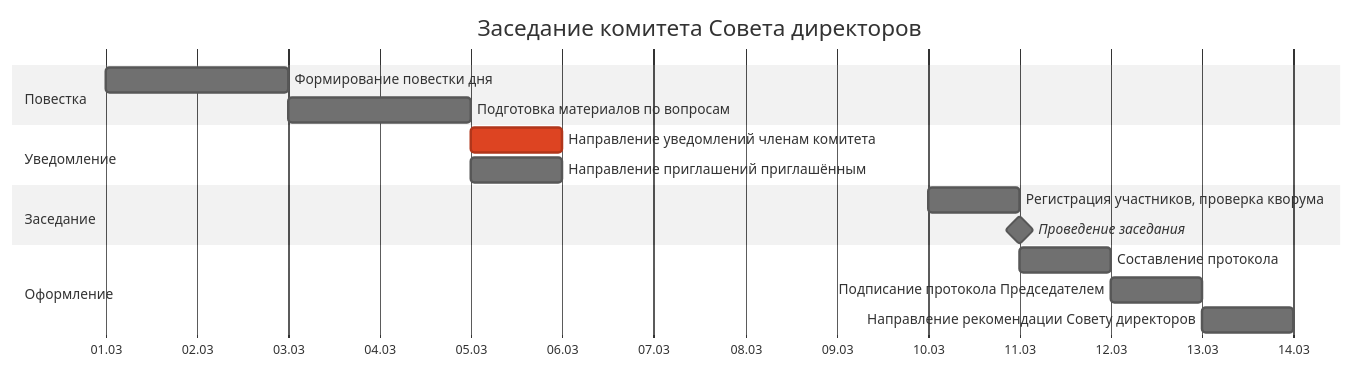
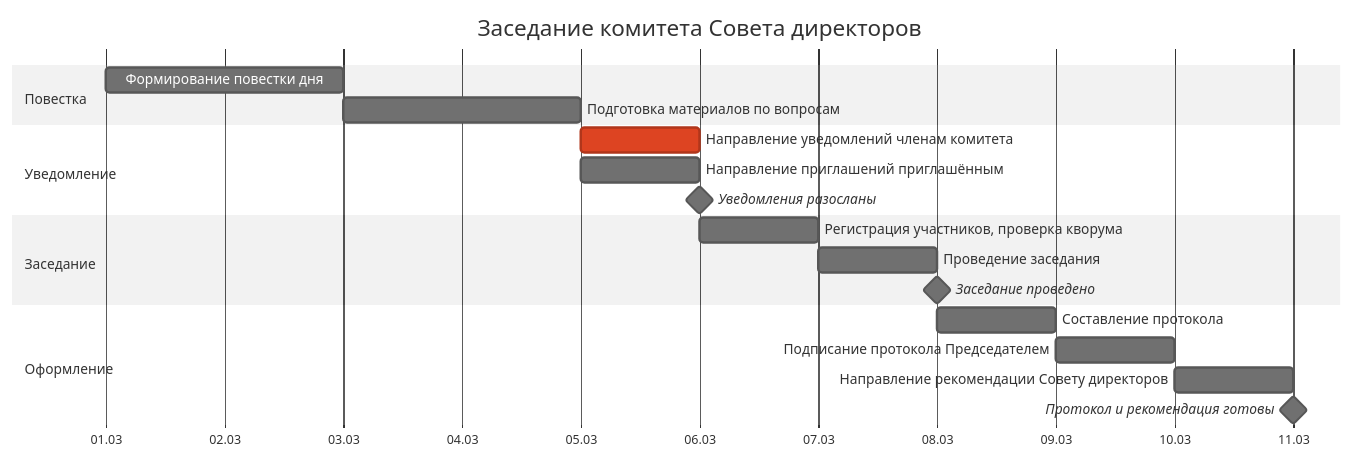
The diagram in docs/domain/committee-gantt.md (arsenyuk/SamorodinkaTech.Fiducia), drawn with Mermaid (neutral theme) before and after one commit. The commit also changed other lines of this file, not shown here.

First line of the commit message:
docs(domain): fix committee gantt chart - remove unjustified milestone

````diff
--- a/docs/domain/committee-gantt.md
+++ b/docs/domain/committee-gantt.md
@@ -52,23 +60,26 @@
 ```mermaid
 gantt
     title Заседание комитета Совета директоров
     dateFormat  YYYY-MM-DD
     axisFormat  %d.%m
 
     section Повестка
     Формирование повестки дня               :p1, 2026-03-01, 2d
     Подготовка материалов по вопросам        :p2, after p1, 2d
 
     section Уведомление
     Направление уведомлений членам комитета  :crit, u1, after p2, 1d
     Направление приглашений приглашённым     :u2, after p2, 1d
+    Уведомления разосланы                   :milestone, v2, after u1, 0d
 
     section Заседание
-    Регистрация участников, проверка кворума :zk1, 2026-03-10, 1d
-    Проведение заседания                     :milestone, zk2, after zk1, 0d
+    Регистрация участников, проверка кворума :zk1, after v2, 1d
+    Проведение заседания                     :zk2, after zk1, 1d
+    Заседание проведено                      :milestone, v3, after zk2, 0d
 
     section Оформление
-    Составление протокола                    :pr1, after zk2, 1d
+    Составление протокола                    :pr1, after v3, 1d
     Подписание протокола Председателем       :pr2, after pr1, 1d
     Направление рекомендации Совету директоров :pr3, after pr2, 1d
+    Протокол и рекомендация готовы           :milestone, v4, after pr3, 0d
 ```
````
